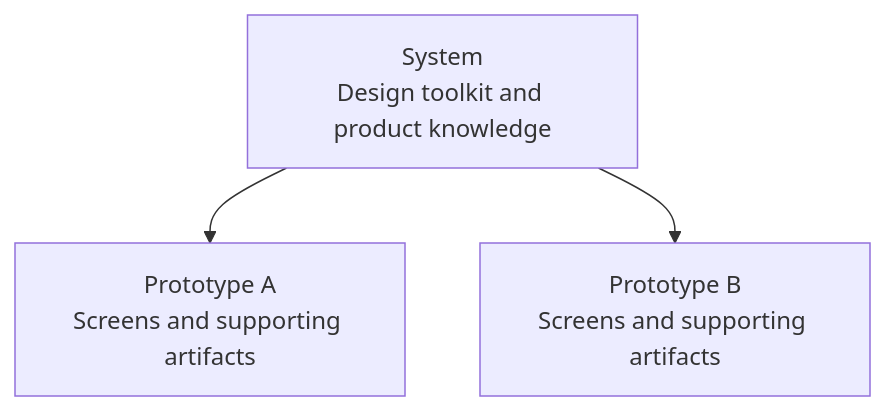
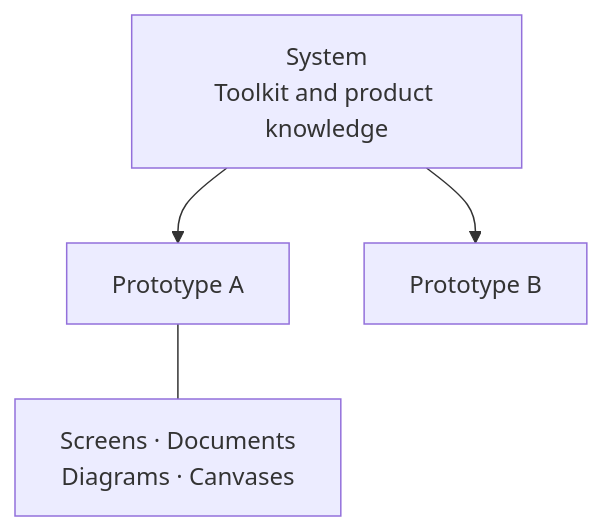
Before and after one commit to itspatmorgan/design-studio-starter: the diagram in src/modules/documentation/pages/index.md, drawn with Mermaid. The commit also changed other lines of this file and 12 other files, not shown here.

````diff
--- a/src/modules/documentation/pages/index.md
+++ b/src/modules/documentation/pages/index.md
@@ -13,8 +23,9 @@
 ```mermaid
 flowchart TB
-  accTitle: One system supports several independent prototypes
-  accDescr: A shared system supplies components, styles, and product knowledge to multiple prototypes. Each prototype holds its own screens and supporting artifacts.
-  system[System<br/>Design toolkit and product knowledge]
-  system --> a[Prototype A<br/>Screens and supporting artifacts]
-  system --> b[Prototype B<br/>Screens and supporting artifacts]
+  accTitle: Systems supply a foundation for prototypes
+  accDescr: One shared system supports multiple prototypes. A prototype connects working screens with supporting documents, diagrams, and canvases.
+  system[System<br/>Toolkit and product knowledge]
+  system --> a[Prototype A]
+  system --> b[Prototype B]
+  a --- artifacts[Screens · Documents<br/>Diagrams · Canvases]
 ```
````
